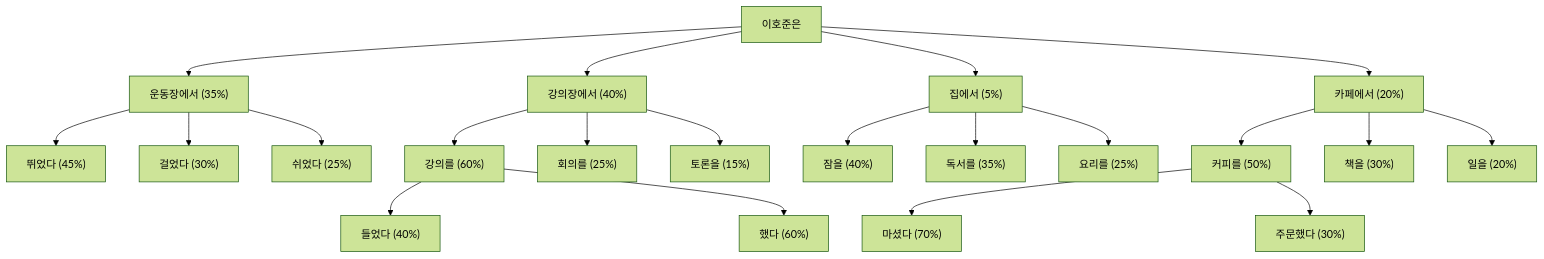
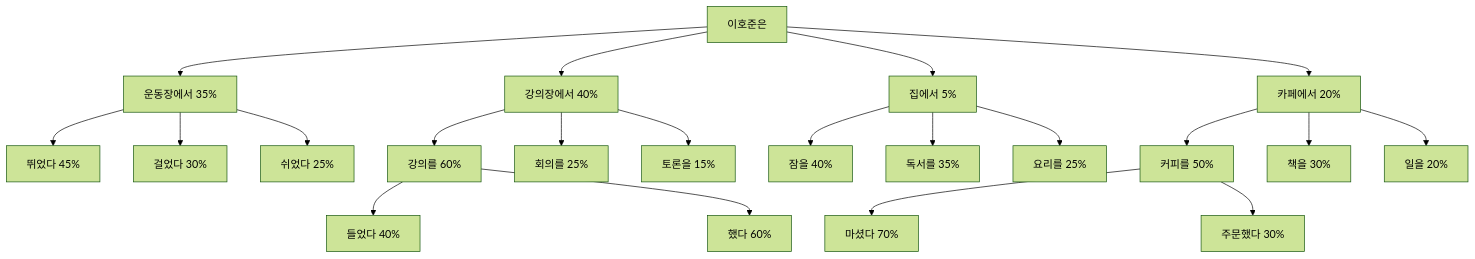
Before and after one commit to nugurejeil/weniVooks: the third of 4 diagrams in _md/essentials-vibecoding/chapter04/04-2.md, drawn with Mermaid (forest theme). The commit also changed other lines of this file and 133 other files, not shown here.

````diff
--- a/_md/essentials-vibecoding/chapter04/04-2.md
+++ b/_md/essentials-vibecoding/chapter04/04-2.md
@@ -158,29 +158,29 @@
 ```mermaid
 graph TD
-    Start["이호준은"] --> A["운동장에서 (35%)"]
-    Start --> B["강의장에서 (40%)"]
-    Start --> C["집에서 (5%)"]
-    Start --> D["카페에서 (20%)"]
+    Start["이호준은"] --> A["운동장에서 35%"]
+    Start --> B["강의장에서 40%"]
+    Start --> C["집에서 5%"]
+    Start --> D["카페에서 20%"]
 
-    A --> A1["뛰었다 (45%)"]
-    A --> A2["걸었다 (30%)"]
-    A --> A3["쉬었다 (25%)"]
+    A --> A1["뛰었다 45%"]
+    A --> A2["걸었다 30%"]
+    A --> A3["쉬었다 25%"]
 
-    B --> B1["강의를 (60%)"]
-    B --> B2["회의를 (25%)"]
-    B --> B3["토론을 (15%)"]
+    B --> B1["강의를 60%"]
+    B --> B2["회의를 25%"]
+    B --> B3["토론을 15%"]
 
-    C --> C1["잠을 (40%)"]
-    C --> C2["독서를 (35%)"]
-    C --> C3["요리를 (25%)"]
+    C --> C1["잠을 40%"]
+    C --> C2["독서를 35%"]
+    C --> C3["요리를 25%"]
 
-    D --> D1["커피를 (50%)"]
-    D --> D2["책을 (30%)"]
-    D --> D3["일을 (20%)"]
+    D --> D1["커피를 50%"]
+    D --> D2["책을 30%"]
+    D --> D3["일을 20%"]
 
-    B1 --> B11["들었다 (40%)"]
-    B1 --> B12["했다 (60%)"]
+    B1 --> B11["들었다 40%"]
+    B1 --> B12["했다 60%"]
 
-    D1 --> D11["마셨다 (70%)"]
-    D1 --> D12["주문했다 (30%)"]
+    D1 --> D11["마셨다 70%"]
+    D1 --> D12["주문했다 30%"]
 ```
````
